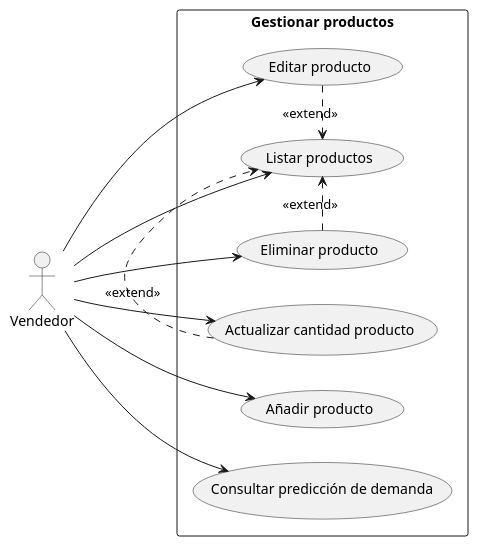
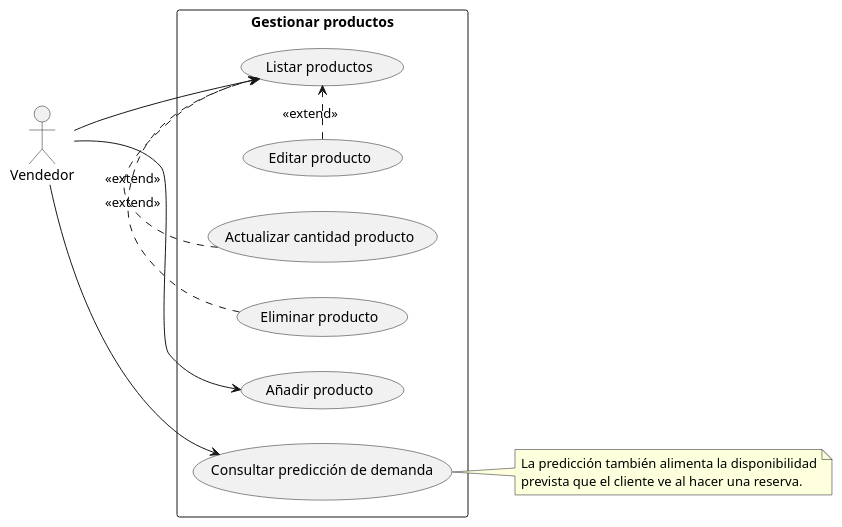
Before and after one commit to RAAR-18/napa: the diagram in casos de uso/gestionar_productos.puml, drawn with PlantUML. The commit also changed 130 other files, not shown here.

```diff
--- a/casos de uso/gestionar_productos.puml
+++ b/casos de uso/gestionar_productos.puml
@@ -1,27 +1,29 @@
 @startuml
 
 left to right direction
 
 actor "Vendedor" as v
 
 rectangle "Gestionar productos" {
     usecase "Añadir producto" as UC1
     usecase "Listar productos" as UC2
     usecase "Editar producto" as UC3
     usecase "Actualizar cantidad producto" as UC4
     usecase "Eliminar producto" as UC5
     usecase "Consultar predicción de demanda" as UC6
 }
 
 v --> UC1
 v --> UC2
-v --> UC3
-v --> UC4
-v --> UC5
 v --> UC6
 
 UC3 .> UC2 : <<extend>>
+UC4 .> UC2 : <<extend>>
 UC5 .> UC2 : <<extend>>
-UC4 .> UC2 : <<extend>>
+
+note right of UC6
+  La predicción también alimenta la disponibilidad
+  prevista que el cliente ve al hacer una reserva.
+end note
 
 @enduml
```
